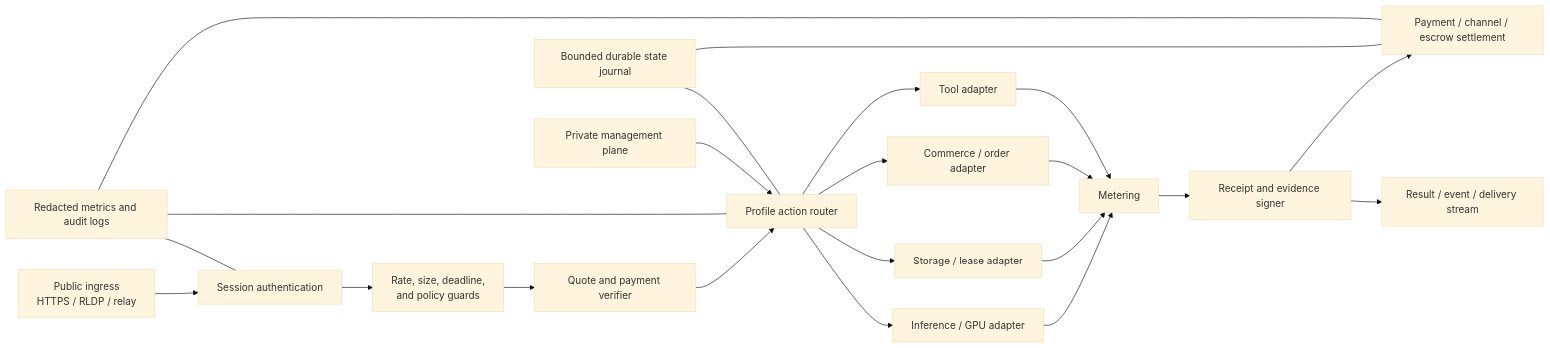
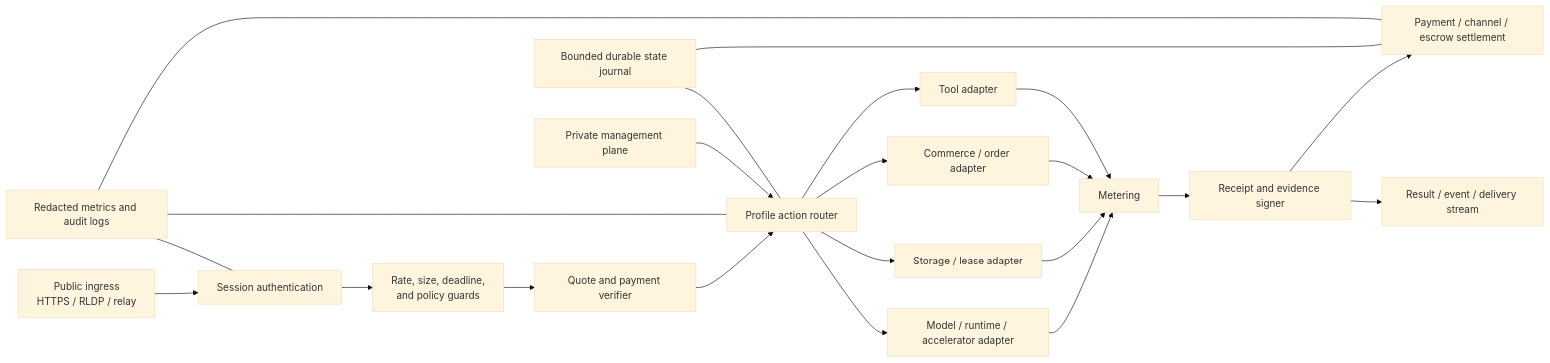
Before and after one commit to tosnetwork/tos: the third of 5 diagrams in doc/the-tos-protocol-implementation-plan.md, drawn with Mermaid (base theme). The commit also changed other lines of this file and 15 other files, not shown here.

````diff
--- a/doc/the-tos-protocol-implementation-plan.md
+++ b/doc/the-tos-protocol-implementation-plan.md
@@ -779,28 +838,28 @@
 ```mermaid
 flowchart LR
     Public["Public ingress<br/>HTTPS / RLDP / relay"] --> Auth["Session authentication"]
     Auth --> Guard["Rate, size, deadline,<br/>and policy guards"]
     Guard --> Quote["Quote and payment verifier"]
     Quote --> Router["Profile action router"]
 
-    Router --> Models["Inference / GPU adapter"]
+    Router --> Models["Model / runtime / accelerator adapter"]
     Router --> Storage["Storage / lease adapter"]
     Router --> Commerce["Commerce / order adapter"]
     Router --> Tools["Tool adapter"]
 
     Models --> Meter["Metering"]
     Storage --> Meter
     Commerce --> Meter
     Tools --> Meter
 
     Meter --> Receipt["Receipt and evidence signer"]
     Receipt --> Stream["Result / event / delivery stream"]
     Receipt --> Settlement["Payment / channel / escrow settlement"]
 
     Journal["Bounded durable state journal"] --- Router
     Journal --- Settlement
     Admin["Private management plane"] --> Router
     Observe["Redacted metrics and audit logs"] --- Auth
     Observe --- Router
     Observe --- Settlement
 ```
````
